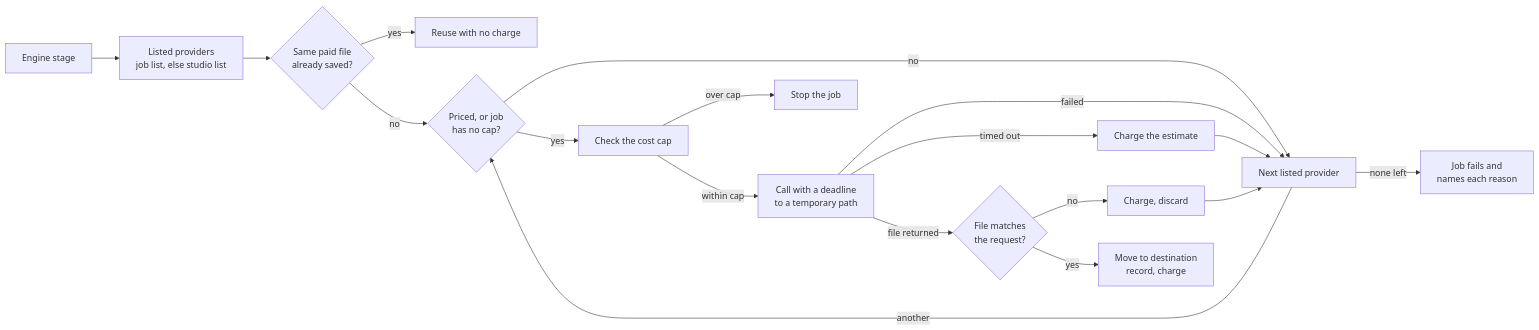
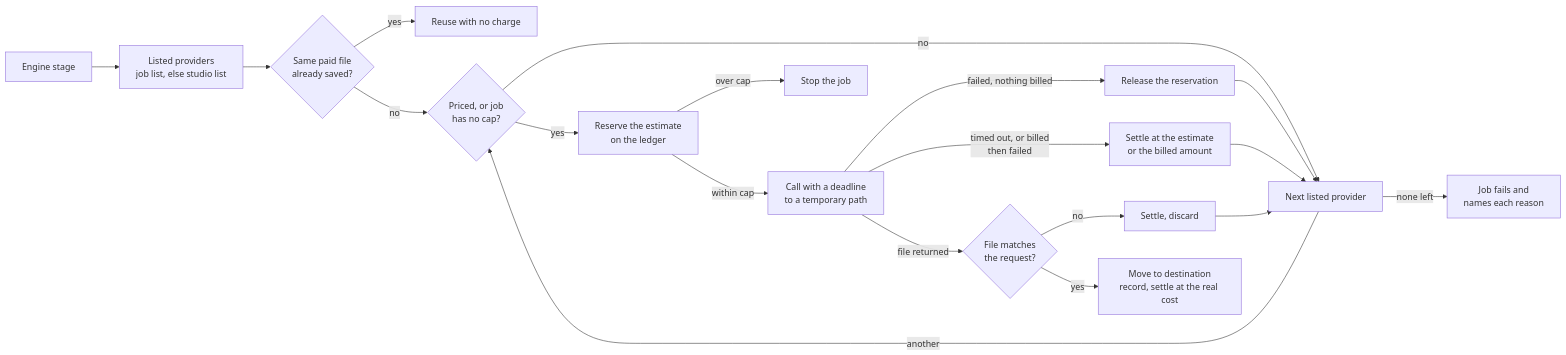
The fourth of 10 diagrams in ARCHITECTURE.md (kaiverse-io/kalainova), drawn with Mermaid before and after one commit. The commit also changed other lines of this file and 21 other files, not shown here.

````diff
--- a/ARCHITECTURE.md
+++ b/ARCHITECTURE.md
@@ -167,20 +198,21 @@
 ```mermaid
 flowchart LR
     caller["Engine stage"] --> list["Listed providers<br/>job list, else studio list"]
     list --> saved{"Same paid file<br/>already saved?"}
     saved -->|"yes"| reuse["Reuse with no charge"]
     saved -->|"no"| priced{"Priced, or job<br/>has no cap?"}
     priced -->|"no"| next["Next listed provider"]
-    priced -->|"yes"| reserve["Check the cost cap"]
+    priced -->|"yes"| reserve["Reserve the estimate<br/>on the ledger"]
     reserve -->|"over cap"| stop["Stop the job"]
     reserve -->|"within cap"| invoke["Call with a deadline<br/>to a temporary path"]
-    invoke -->|"failed"| next
-    invoke -->|"timed out"| charged["Charge the estimate"]
+    invoke -->|"failed, nothing billed"| release["Release the reservation"]
+    release --> next
+    invoke -->|"timed out, or billed<br/>then failed"| charged["Settle at the estimate<br/>or the billed amount"]
     charged --> next
     invoke -->|"file returned"| check{"File matches<br/>the request?"}
-    check -->|"no"| rejected["Charge, discard"]
+    check -->|"no"| rejected["Settle, discard"]
     rejected --> next
-    check -->|"yes"| move["Move to destination<br/>record, charge"]
+    check -->|"yes"| move["Move to destination<br/>record, settle at the real cost"]
     next -->|"none left"| fail["Job fails and<br/>names each reason"]
     next -->|"another"| priced
 ```
````
